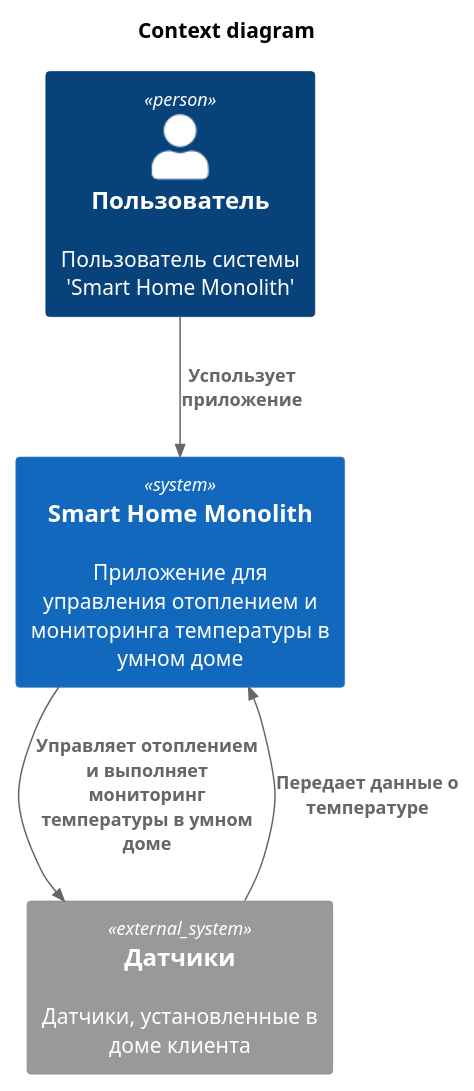
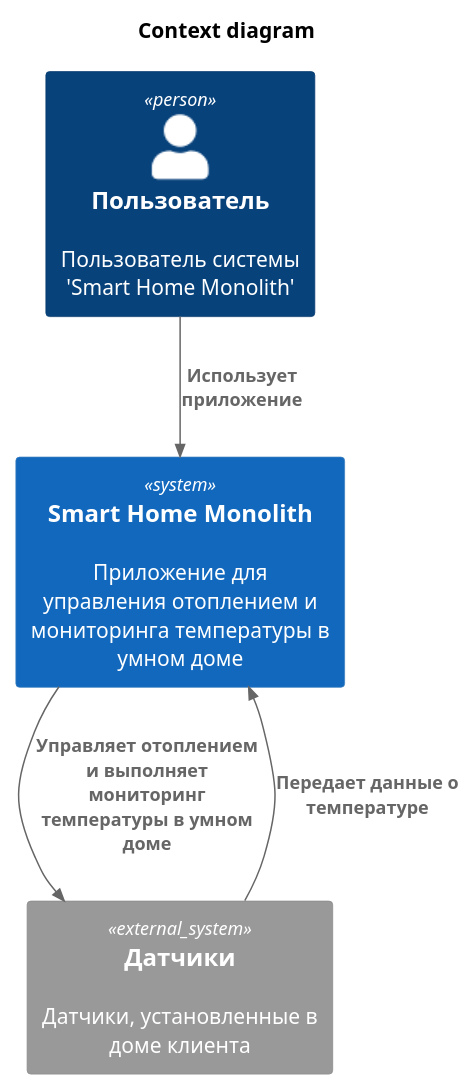
The diagram in docs/task1/Context.puml (MarieSpring/architecture-sprint-3), drawn with PlantUML before and after one commit. The commit also changed 7 other files, not shown here.

```diff
--- a/docs/task1/Context.puml
+++ b/docs/task1/Context.puml
@@ -1,15 +1,15 @@
 @startuml c1
 !include https://raw.githubusercontent.com/plantuml-stdlib/C4-PlantUML/master/C4_Context.puml
 
 title Context diagram
 
 Person(user, "Пользователь", "Пользователь системы 'Smart Home Monolith'")
 System(system, "Smart Home Monolith", "Приложение для управления отоплением и мониторинга температуры в умном доме")
 System_Ext(modules, "Датчики", "Датчики, установленные в доме клиента")
 
 
-Rel(user, system, "Успользует приложение")
+Rel(user, system, "Использует приложение")
 Rel(system, modules, "Управляет отоплением и выполняет мониторинг температуры в умном доме")
 Rel(modules, system, "Передает данные о температуре")
 
 @enduml
```
